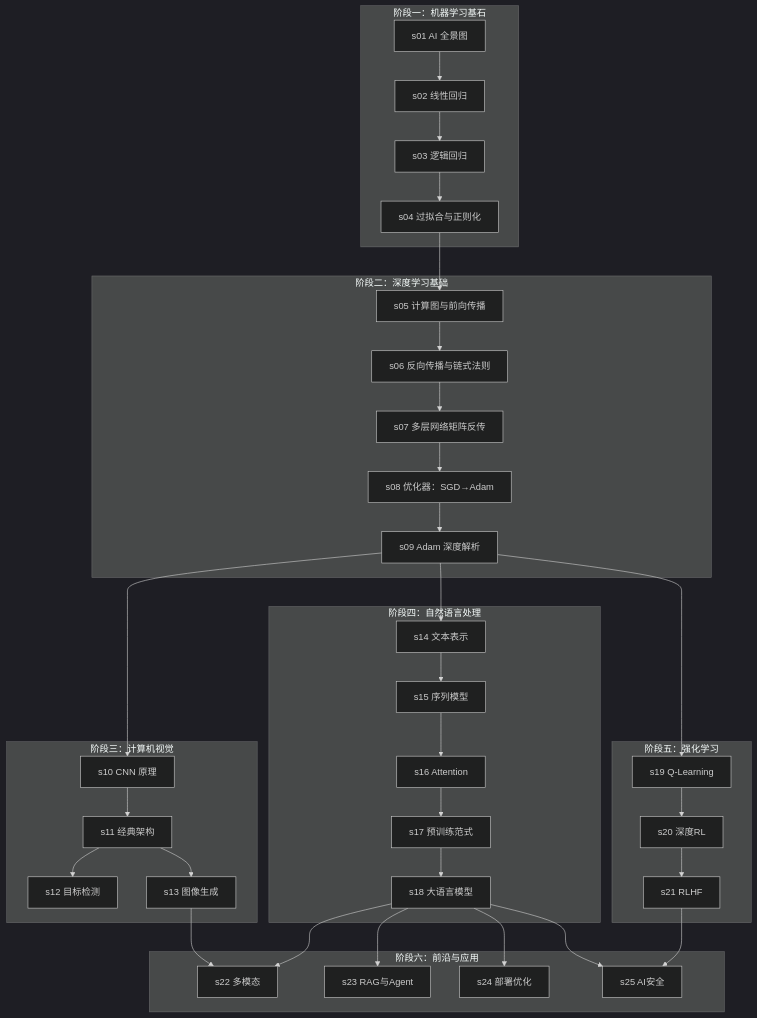
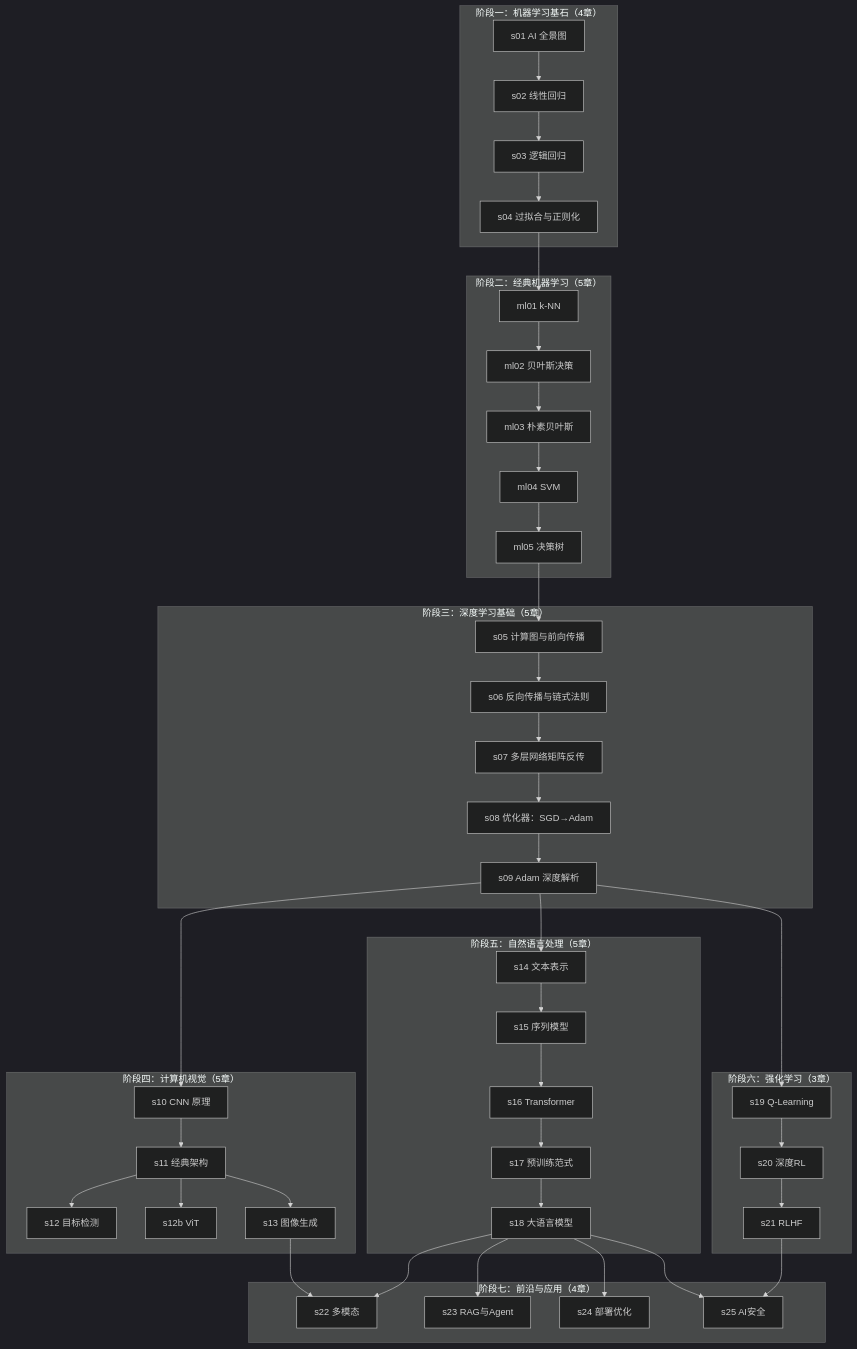
One commit to DeconBear/notebook changed the diagram in index.md. Above: the diagram before and after it, drawn with Mermaid (dark theme). The commit also changed other lines of this file and 58 other files, not shown here.

````diff
--- a/index.md
+++ b/index.md
@@ -39,47 +39,56 @@
 ```mermaid
 flowchart TB
-    subgraph S1["阶段一：机器学习基石"]
+    subgraph S1["阶段一：机器学习基石（4章）"]
         s01["s01 AI 全景图"] --> s02["s02 线性回归"]
         s02 --> s03["s03 逻辑回归"]
         s03 --> s04["s04 过拟合与正则化"]
     end
 
-    subgraph S2["阶段二：深度学习基础"]
-        s04 --> s05["s05 计算图与前向传播"]
+    subgraph S2["阶段二：经典机器学习（5章）"]
+        s04 --> ml01["ml01 k-NN"]
+        ml01 --> ml02["ml02 贝叶斯决策"]
+        ml02 --> ml03["ml03 朴素贝叶斯"]
+        ml03 --> ml04["ml04 SVM"]
+        ml04 --> ml05["ml05 决策树"]
+    end
+
+    subgraph S3["阶段三：深度学习基础（5章）"]
+        ml05 --> s05["s05 计算图与前向传播"]
         s05 --> s06["s06 反向传播与链式法则"]
         s06 --> s07["s07 多层网络矩阵反传"]
         s07 --> s08["s08 优化器：SGD→Adam"]
         s08 --> s09["s09 Adam 深度解析"]
     end
 
     s09 --> s10_cv["s10 CNN 原理"]
     s09 --> s14_nlp["s14 文本表示"]
     s09 --> s19_rl["s19 Q-Learning"]
 
-    subgraph S3["阶段三：计算机视觉"]
+    subgraph S4["阶段四：计算机视觉（5章）"]
         s10_cv --> s11_cv["s11 经典架构"]
         s11_cv --> s12_cv["s12 目标检测"]
+        s11_cv --> s12b_vit["s12b ViT"]
         s11_cv --> s13_cv["s13 图像生成"]
     end
 
-    subgraph S4["阶段四：自然语言处理"]
+    subgraph S5["阶段五：自然语言处理（5章）"]
         s14_nlp --> s15_nlp["s15 序列模型"]
-        s15_nlp --> s16_nlp["s16 Attention"]
+        s15_nlp --> s16_nlp["s16 Transformer"]
         s16_nlp --> s17_nlp["s17 预训练范式"]
         s17_nlp --> s18_nlp["s18 大语言模型"]
     end
 
-    subgraph S5["阶段五：强化学习"]
+    subgraph S6["阶段六：强化学习（3章）"]
         s19_rl --> s20_rl["s20 深度RL"]
         s20_rl --> s21_rl["s21 RLHF"]
     end
 
-    subgraph S6["阶段六：前沿与应用"]
+    subgraph S7["阶段七：前沿与应用（4章）"]
         s18_nlp --> s22["s22 多模态"]
         s13_cv --> s22
         s18_nlp --> s23["s23 RAG与Agent"]
         s18_nlp --> s24["s24 部署优化"]
         s18_nlp --> s25["s25 AI安全"]
         s21_rl --> s25
     end
 ```
````
